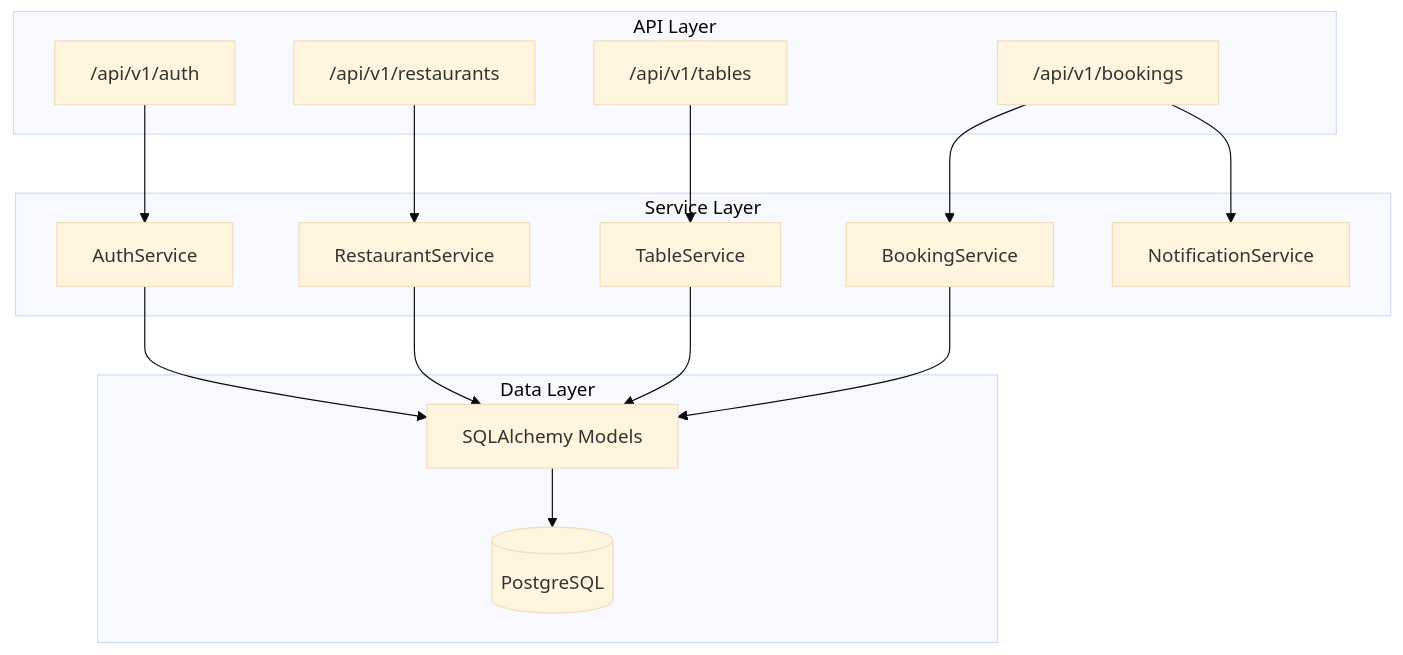
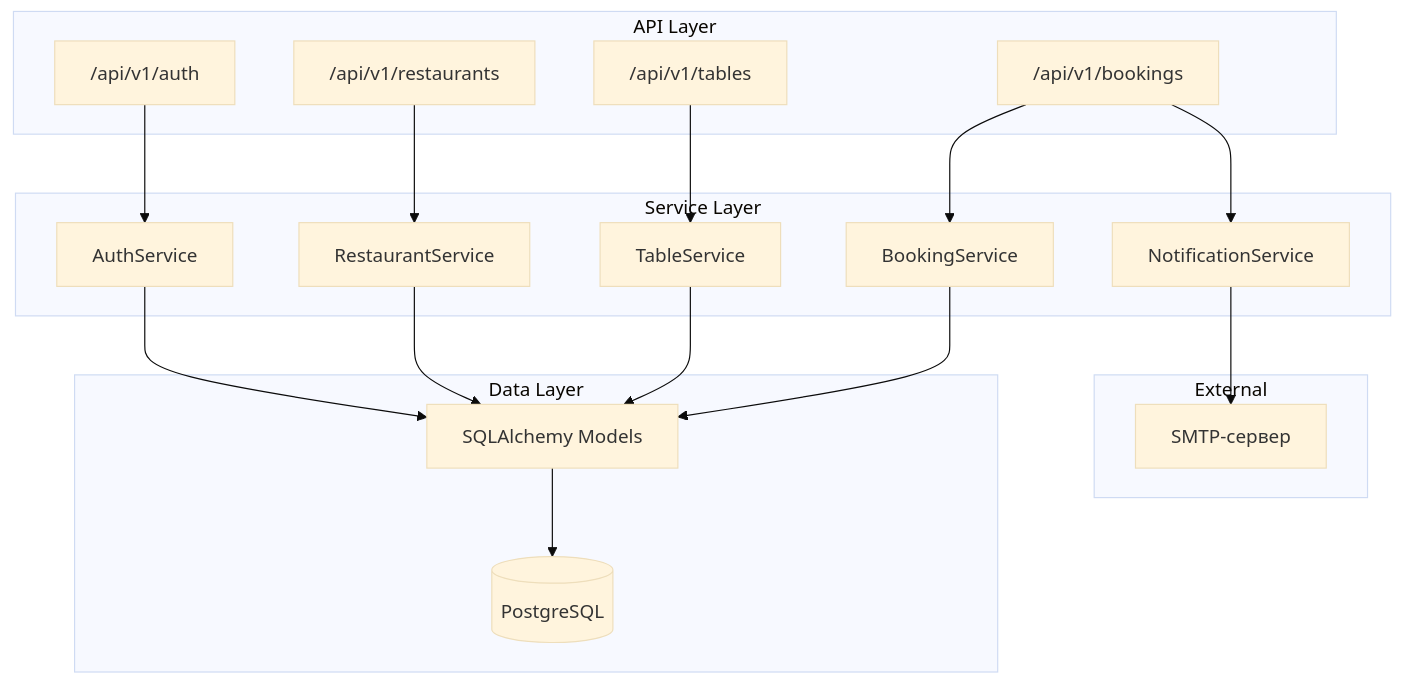
One commit to x3nl1/restaurant-booking-system changed the third of 6 diagrams in docs/architecture.md. Above: the diagram before and after it, drawn with Mermaid (base theme). The commit also changed other lines of this file, not shown here.

Commit message:
fix(docs): replace C4 diagrams with graph syntax, fix component and sequence diagrams

````diff
--- a/docs/architecture.md
+++ b/docs/architecture.md
@@ -48,34 +42,39 @@
 ```mermaid
 graph TB
     subgraph "API Layer"
         AUTH["/api/v1/auth"]
         REST["/api/v1/restaurants"]
         TABLES["/api/v1/tables"]
         BOOK["/api/v1/bookings"]
     end
 
     subgraph "Service Layer"
         AS[AuthService]
         RS[RestaurantService]
         TS[TableService]
         BS[BookingService]
         NS[NotificationService]
     end
 
     subgraph "Data Layer"
         DB[(PostgreSQL)]
         MODELS[SQLAlchemy Models]
     end
 
+    subgraph "External"
+        SMTP[SMTP-сервер]
+    end
+
     AUTH --> AS
     REST --> RS
     TABLES --> TS
     BOOK --> BS
     BOOK --> NS
 
     AS --> MODELS
     RS --> MODELS
     TS --> MODELS
     BS --> MODELS
+    NS --> SMTP
     MODELS --> DB
 ```
````
